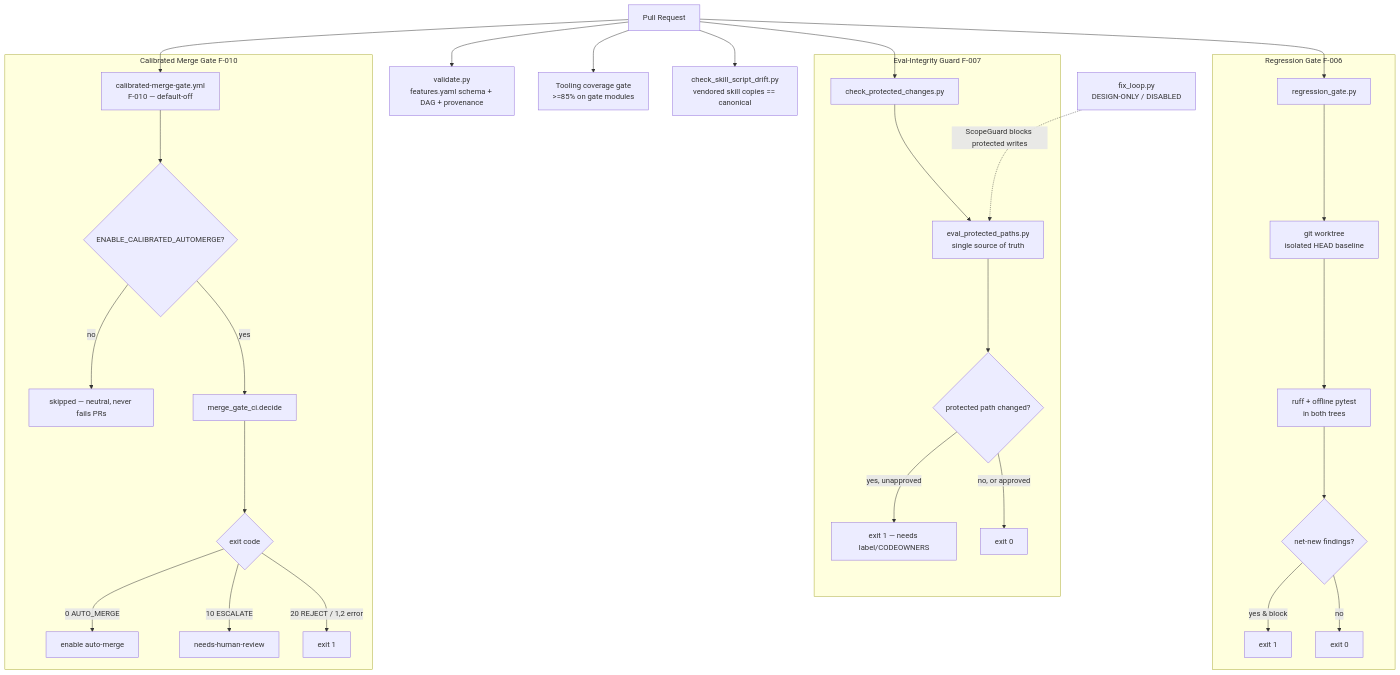
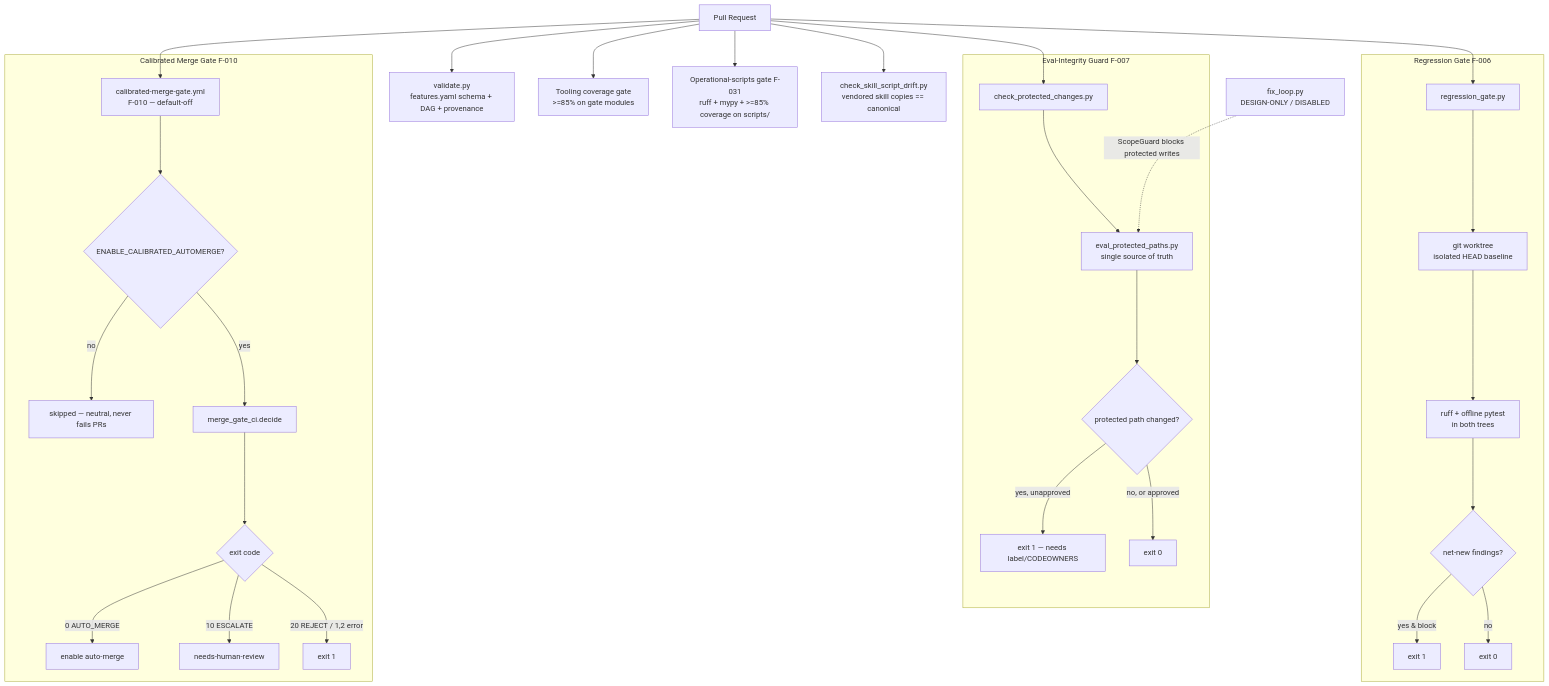
The sixth of 7 diagrams in docs/c4_architecture.md (ianshank/Agents), drawn with Mermaid before and after one commit. The commit also changed other lines of this file and 6 other files, not shown here.

First line of the commit message:
docs+ledger: reflect F-031 scripts quality gates across docs; add F-031 gate

````diff
--- a/docs/c4_architecture.md
+++ b/docs/c4_architecture.md
@@ -192,36 +193,37 @@
 ```mermaid
 flowchart TB
     PR[Pull Request] --> VAL[validate.py<br/>features.yaml schema + DAG + provenance]
     PR --> COV[Tooling coverage gate<br/>>=85% on gate modules]
+    PR --> SCOV[Operational-scripts gate F-031<br/>ruff + mypy + >=85% coverage on scripts/]
     PR --> REG[regression_gate.py]
     PR --> GUARD[check_protected_changes.py]
     PR --> DRIFT[check_skill_script_drift.py<br/>vendored skill copies == canonical]
     PR --> MG[calibrated-merge-gate.yml<br/>F-010 — default-off]
 
     subgraph Regression Gate F-006
         REG --> WT[git worktree<br/>isolated HEAD baseline]
         WT --> DIFF[ruff + offline pytest<br/>in both trees]
         DIFF --> NET{net-new findings?}
         NET -->|yes & block| FAIL1[exit 1]
         NET -->|no| PASS1[exit 0]
     end
 
     subgraph Eval-Integrity Guard F-007
         GUARD --> MATCH[eval_protected_paths.py<br/>single source of truth]
         MATCH --> PROT{protected path changed?}
         PROT -->|yes, unapproved| FAIL2[exit 1 — needs label/CODEOWNERS]
         PROT -->|no, or approved| PASS2[exit 0]
     end
 
     subgraph Calibrated Merge Gate F-010
         MG --> ENABLED{ENABLE_CALIBRATED_AUTOMERGE?}
         ENABLED -->|no| SKIP[skipped — neutral, never fails PRs]
         ENABLED -->|yes| DECIDE[merge_gate_ci.decide]
         DECIDE --> RC{exit code}
         RC -->|0 AUTO_MERGE| MERGE[enable auto-merge]
         RC -->|10 ESCALATE| HUMAN[needs-human-review]
         RC -->|20 REJECT / 1,2 error| FAIL3[exit 1]
     end
 
     FIX[fix_loop.py<br/>DESIGN-ONLY / DISABLED] -.->|ScopeGuard blocks protected writes| MATCH
 ```
````
